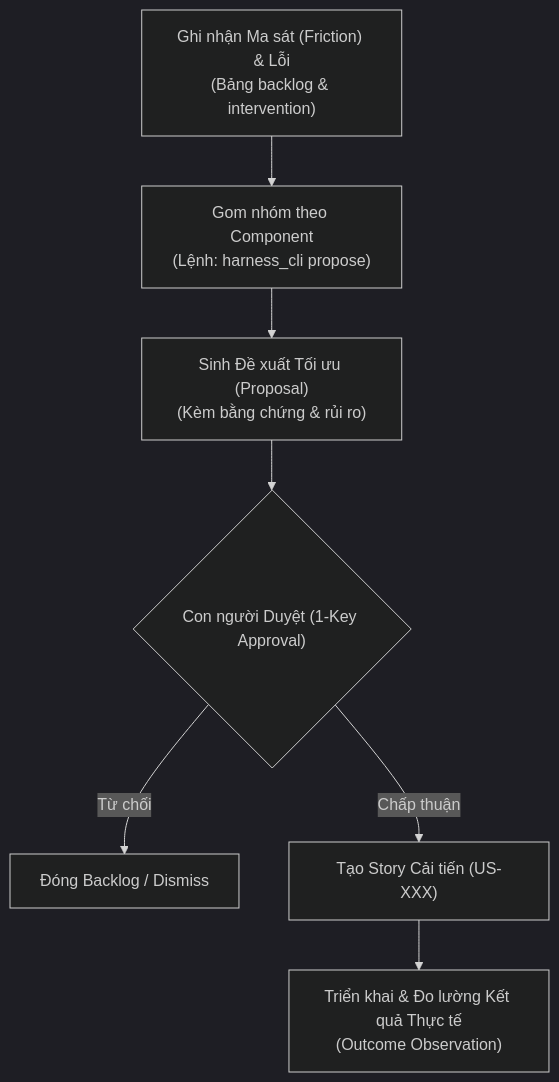
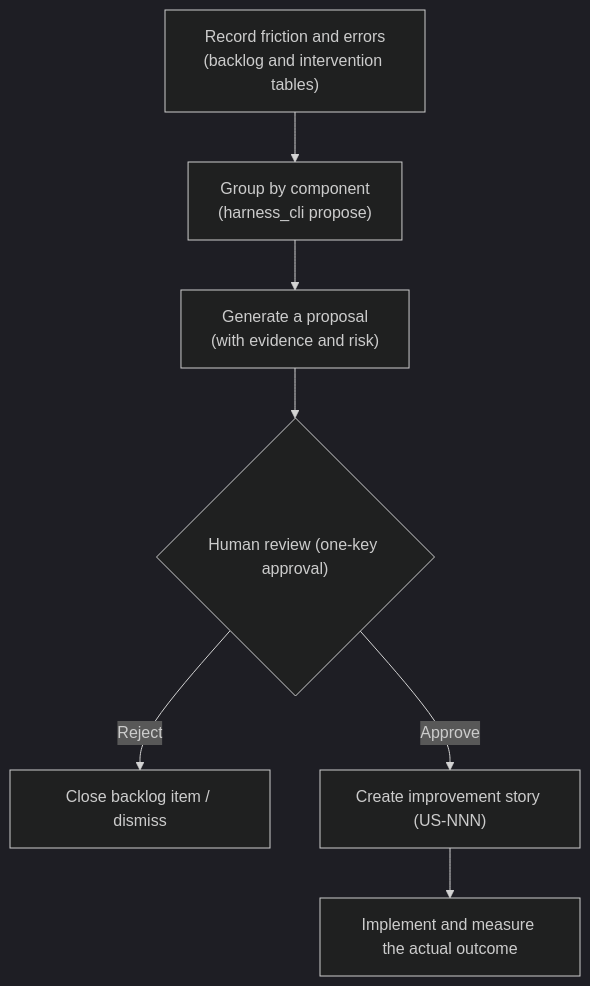
One commit to Tuanan172-py/fts-news-scape changed the diagram in docs/IMPROVEMENT_PROTOCOL.md. Above: the diagram before and after it, drawn with Mermaid (dark theme). The commit also changed other lines of this file and 227 other files, not shown here.

````diff
--- a/docs/IMPROVEMENT_PROTOCOL.md
+++ b/docs/IMPROVEMENT_PROTOCOL.md
@@ -9,9 +9,9 @@
 ```mermaid
 flowchart TD
-    A["Ghi nhận Ma sát (Friction) & Lỗi<br/>(Bảng backlog & intervention)"] --> B["Gom nhóm theo Component<br/>(Lệnh: harness_cli propose)"]
-    B --> C["Sinh Đề xuất Tối ưu (Proposal)<br/>(Kèm bằng chứng & rủi ro)"]
-    C --> D{"Con người Duyệt (1-Key Approval)"}
-    D -- "Từ chối" --> E["Đóng Backlog / Dismiss"]
-    D -- "Chấp thuận" --> F["Tạo Story Cải tiến (US-XXX)"]
-    F --> G["Triển khai & Đo lường Kết quả Thực tế<br/>(Outcome Observation)"]
+    A["Record friction and errors<br/>(backlog and intervention tables)"] --> B["Group by component<br/>(harness_cli propose)"]
+    B --> C["Generate a proposal<br/>(with evidence and risk)"]
+    C --> D{"Human review (one-key approval)"}
+    D -- "Reject" --> E["Close backlog item / dismiss"]
+    D -- "Approve" --> F["Create improvement story (US-NNN)"]
+    F --> G["Implement and measure the actual outcome"]
 ```
````
